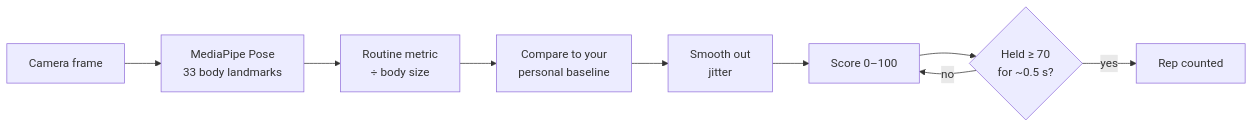
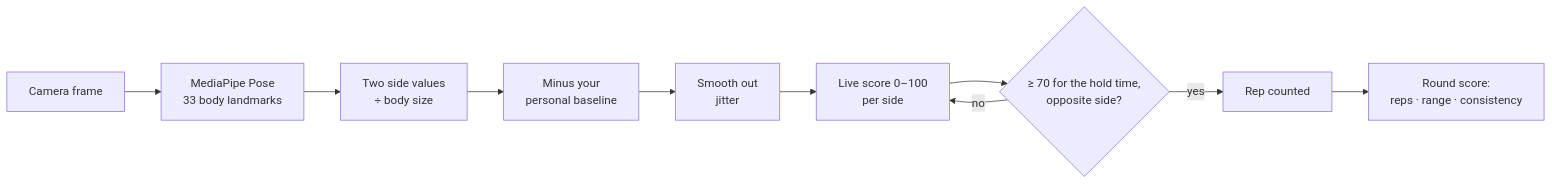
One commit to advikaaaaa/stepalong changed the diagram in docs/scoring.md. Above: the diagram before and after it, drawn with Mermaid. The commit also changed other lines of this file and 6 other files, not shown here.

````diff
--- a/docs/scoring.md
+++ b/docs/scoring.md
@@ -7,11 +7,12 @@
 ```mermaid
 flowchart LR
     A[Camera frame] --> B[MediaPipe Pose<br/>33 body landmarks]
-    B --> C[Routine metric<br/>÷ body size]
-    C --> D[Compare to your<br/>personal baseline]
+    B --> C[Two side values<br/>÷ body size]
+    C --> D[Minus your<br/>personal baseline]
     D --> E[Smooth out<br/>jitter]
-    E --> F[Score 0–100]
-    F --> G{Held ≥ 70<br/>for ~0.5 s?}
+    E --> F[Live score 0–100<br/>per side]
+    F --> G{≥ 70 for the hold time,<br/>opposite side?}
     G -- yes --> H[Rep counted]
     G -- no --> F
+    H --> I[Round score:<br/>reps · range · consistency]
 ```
````
